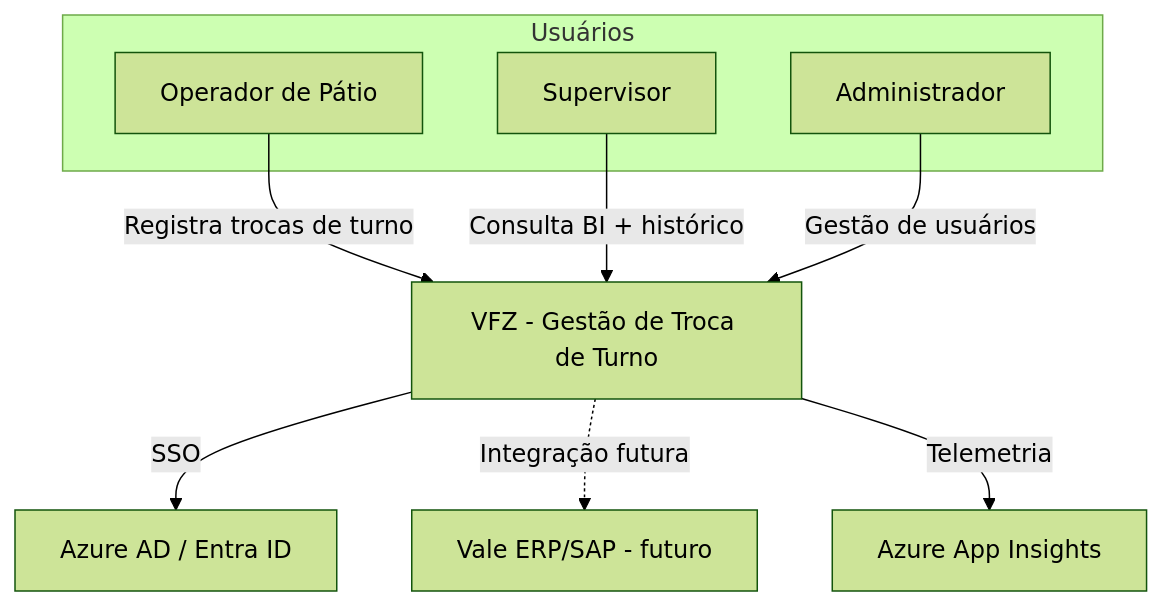
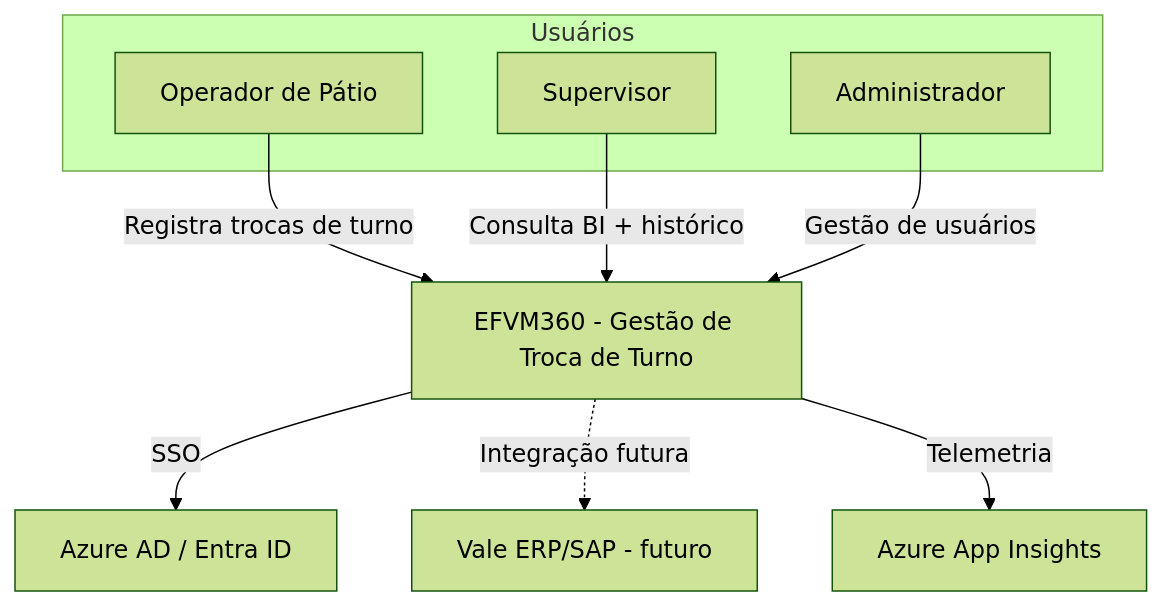
The first of 6 diagrams in docs/ARCHITECTURE.md (GregoryGSPinto/efvm360), drawn with Mermaid (forest theme) before and after one commit. The commit also changed other lines of this file and 130 other files, not shown here.

Commit message:
refactor: rename VFZ → EFVM360 branding across entire project

````diff
--- a/docs/ARCHITECTURE.md
+++ b/docs/ARCHITECTURE.md
@@ -5,19 +5,19 @@
 ```mermaid
 graph TB
   subgraph "Usuários"
     OP[Operador de Pátio]
     SUP[Supervisor]
     ADM[Administrador]
   end
-  VFZ[VFZ - Gestão de Troca de Turno]
+  EFVM360[EFVM360 - Gestão de Troca de Turno]
   AAD[Azure AD / Entra ID]
   ERP[Vale ERP/SAP - futuro]
   AI[Azure App Insights]
 
-  OP -->|Registra trocas de turno| VFZ
-  SUP -->|Consulta BI + histórico| VFZ
-  ADM -->|Gestão de usuários| VFZ
-  VFZ -->|SSO| AAD
-  VFZ -.->|Integração futura| ERP
-  VFZ -->|Telemetria| AI
+  OP -->|Registra trocas de turno| EFVM360
+  SUP -->|Consulta BI + histórico| EFVM360
+  ADM -->|Gestão de usuários| EFVM360
+  EFVM360 -->|SSO| AAD
+  EFVM360 -.->|Integração futura| ERP
+  EFVM360 -->|Telemetria| AI
 ```
````
